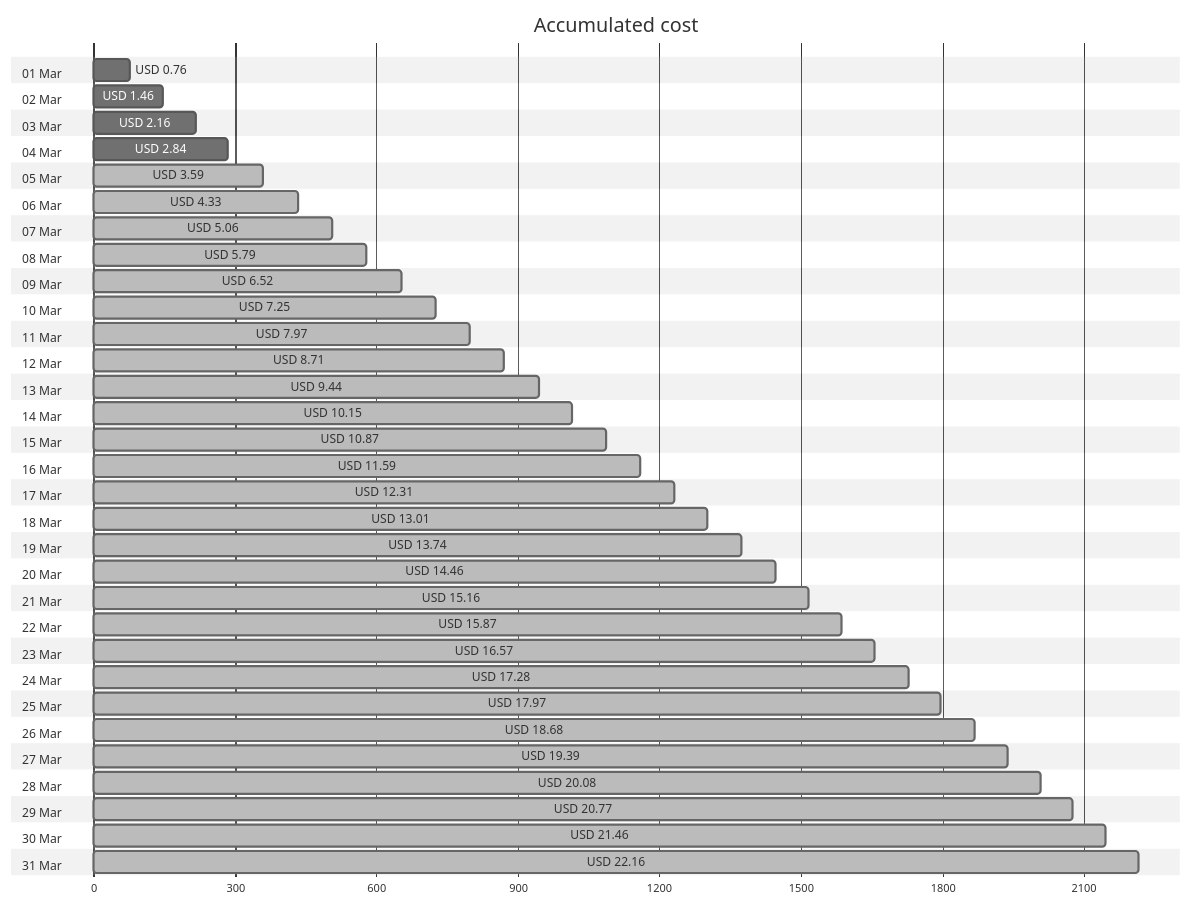
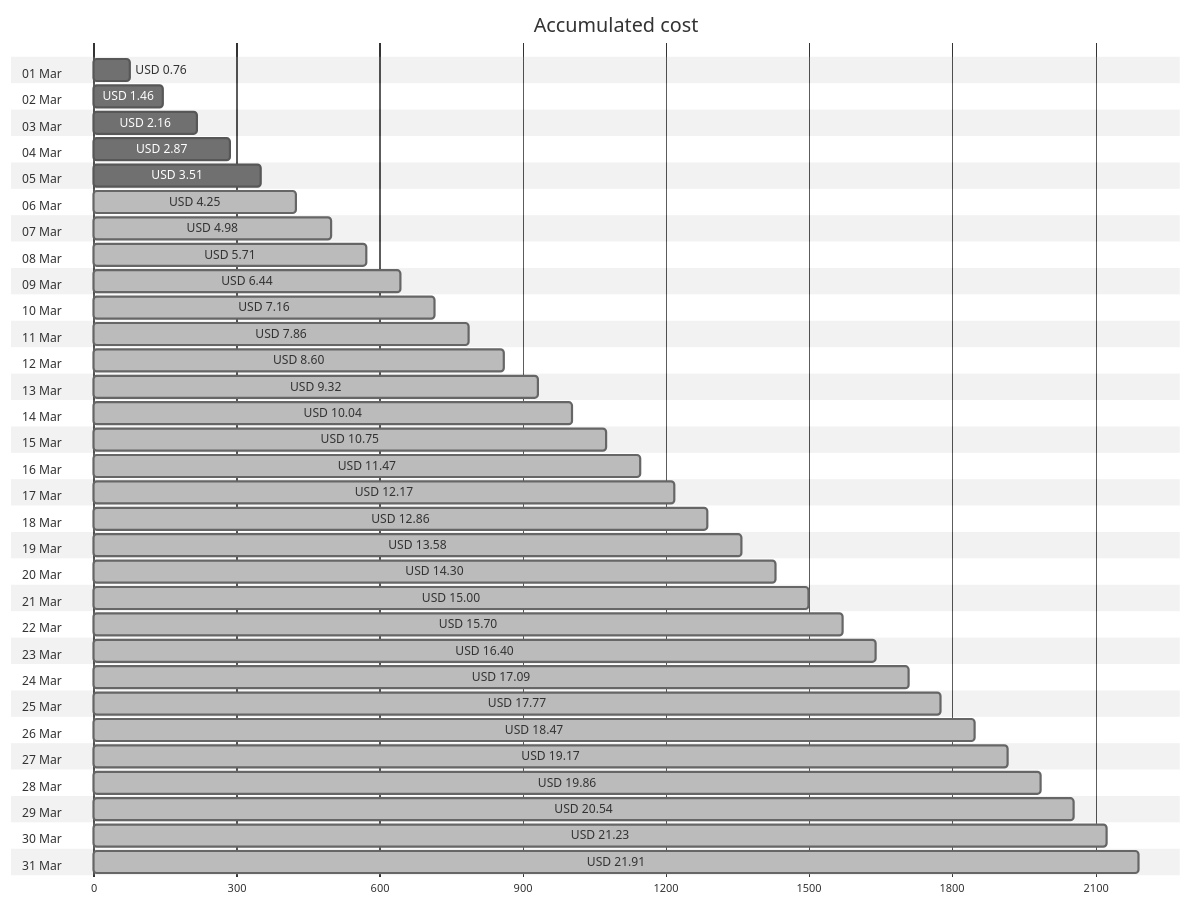
Before and after one commit to jpfulton/azure-personal-reports: the first of 4 diagrams in cost-reports/personal-network/backup-server-data-disk.md, drawn with Mermaid (neutral theme). The commit also changed other lines of this file and 8 other files, not shown here.

````diff
--- a/cost-reports/personal-network/backup-server-data-disk.md
+++ b/cost-reports/personal-network/backup-server-data-disk.md
@@ -20,68 +20,68 @@
 ```mermaid
 gantt
    title Accumulated cost
    dateFormat  X
    axisFormat %s
    section 01 Mar
    USD 0.76 :0, 76
    section 02 Mar
    USD 1.46 :0, 146
    section 03 Mar
    USD 2.16 :0, 216
    section 04 Mar
-   USD 2.84 :0, 284
+   USD 2.87 :0, 287
    section 05 Mar
-   USD 3.59 : done, 0, 359
+   USD 3.51 :0, 351
    section 06 Mar
-   USD 4.33 : done, 0, 433
+   USD 4.25 : done, 0, 425
    section 07 Mar
-   USD 5.06 : done, 0, 506
+   USD 4.98 : done, 0, 498
    section 08 Mar
-   USD 5.79 : done, 0, 579
+   USD 5.71 : done, 0, 571
    section 09 Mar
-   USD 6.52 : done, 0, 652
+   USD 6.44 : done, 0, 644
    section 10 Mar
-   USD 7.25 : done, 0, 725
+   USD 7.16 : done, 0, 716
    section 11 Mar
-   USD 7.97 : done, 0, 797
+   USD 7.86 : done, 0, 786
    section 12 Mar
-   USD 8.71 : done, 0, 871
+   USD 8.60 : done, 0, 860
    section 13 Mar
-   USD 9.44 : done, 0, 944
+   USD 9.32 : done, 0, 932
    section 14 Mar
-   USD 10.15 : done, 0, 1015
+   USD 10.04 : done, 0, 1004
    section 15 Mar
-   USD 10.87 : done, 0, 1087
+   USD 10.75 : done, 0, 1075
    section 16 Mar
-   USD 11.59 : done, 0, 1159
+   USD 11.47 : done, 0, 1147
    section 17 Mar
-   USD 12.31 : done, 0, 1231
+   USD 12.17 : done, 0, 1217
    section 18 Mar
-   USD 13.01 : done, 0, 1301
+   USD 12.86 : done, 0, 1286
    section 19 Mar
-   USD 13.74 : done, 0, 1374
+   USD 13.58 : done, 0, 1358
    section 20 Mar
-   USD 14.46 : done, 0, 1446
+   USD 14.30 : done, 0, 1430
    section 21 Mar
-   USD 15.16 : done, 0, 1516
+   USD 15.00 : done, 0, 1500
    section 22 Mar
-   USD 15.87 : done, 0, 1587
+   USD 15.70 : done, 0, 1570
    section 23 Mar
-   USD 16.57 : done, 0, 1657
+   USD 16.40 : done, 0, 1640
    section 24 Mar
-   USD 17.28 : done, 0, 1728
+   USD 17.09 : done, 0, 1709
    section 25 Mar
-   USD 17.97 : done, 0, 1797
+   USD 17.77 : done, 0, 1777
    section 26 Mar
-   USD 18.68 : done, 0, 1868
+   USD 18.47 : done, 0, 1847
    section 27 Mar
-   USD 19.39 : done, 0, 1939
+   USD 19.17 : done, 0, 1917
    section 28 Mar
-   USD 20.08 : done, 0, 2008
+   USD 19.86 : done, 0, 1986
    section 29 Mar
-   USD 20.77 : done, 0, 2077
+   USD 20.54 : done, 0, 2054
    section 30 Mar
-   USD 21.46 : done, 0, 2146
+   USD 21.23 : done, 0, 2123
    section 31 Mar
-   USD 22.16 : done, 0, 2216
+   USD 21.91 : done, 0, 2191
 ```
````
